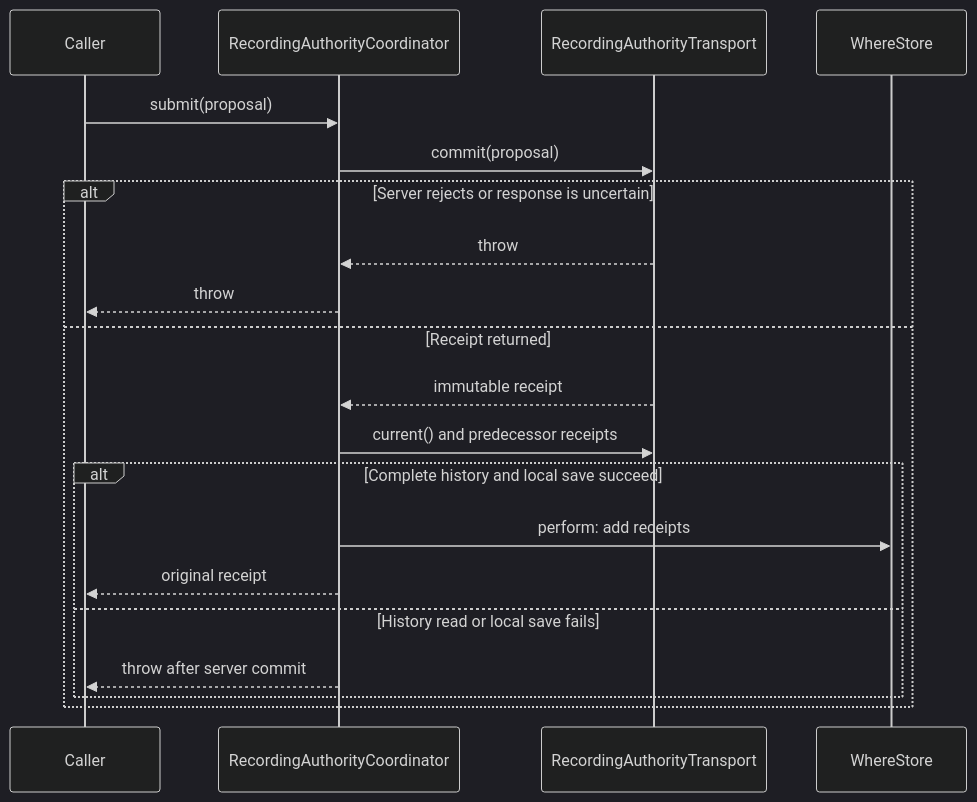
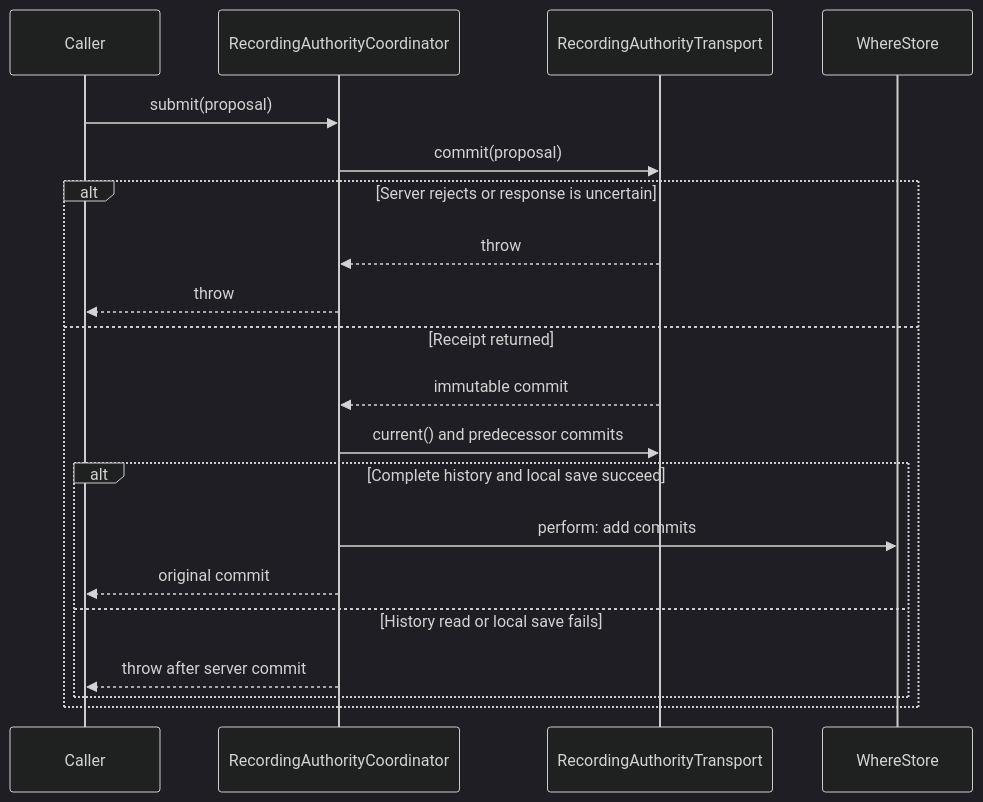
The diagram in Where/WhereCore/RECORDING_AUTHORITY.md (kyleve/Stuff), drawn with Mermaid (dark theme) before and after one commit. The commit also changed other lines of this file and 12 other files, not shown here.

````diff
--- a/Where/WhereCore/RECORDING_AUTHORITY.md
+++ b/Where/WhereCore/RECORDING_AUTHORITY.md
@@ -74,22 +80,22 @@
 ```mermaid
 sequenceDiagram
     participant Caller
     participant Coordinator as RecordingAuthorityCoordinator
     participant Transport as RecordingAuthorityTransport
     participant Store as WhereStore
     Caller->>Coordinator: submit(proposal)
     Coordinator->>Transport: commit(proposal)
     alt Server rejects or response is uncertain
         Transport-->>Coordinator: throw
         Coordinator-->>Caller: throw
     else Receipt returned
-        Transport-->>Coordinator: immutable receipt
-        Coordinator->>Transport: current() and predecessor receipts
+        Transport-->>Coordinator: immutable commit
+        Coordinator->>Transport: current() and predecessor commits
         alt Complete history and local save succeed
-            Coordinator->>Store: perform: add receipts
-            Coordinator-->>Caller: original receipt
+            Coordinator->>Store: perform: add commits
+            Coordinator-->>Caller: original commit
         else History read or local save fails
             Coordinator-->>Caller: throw after server commit
         end
     end
 ```
````
